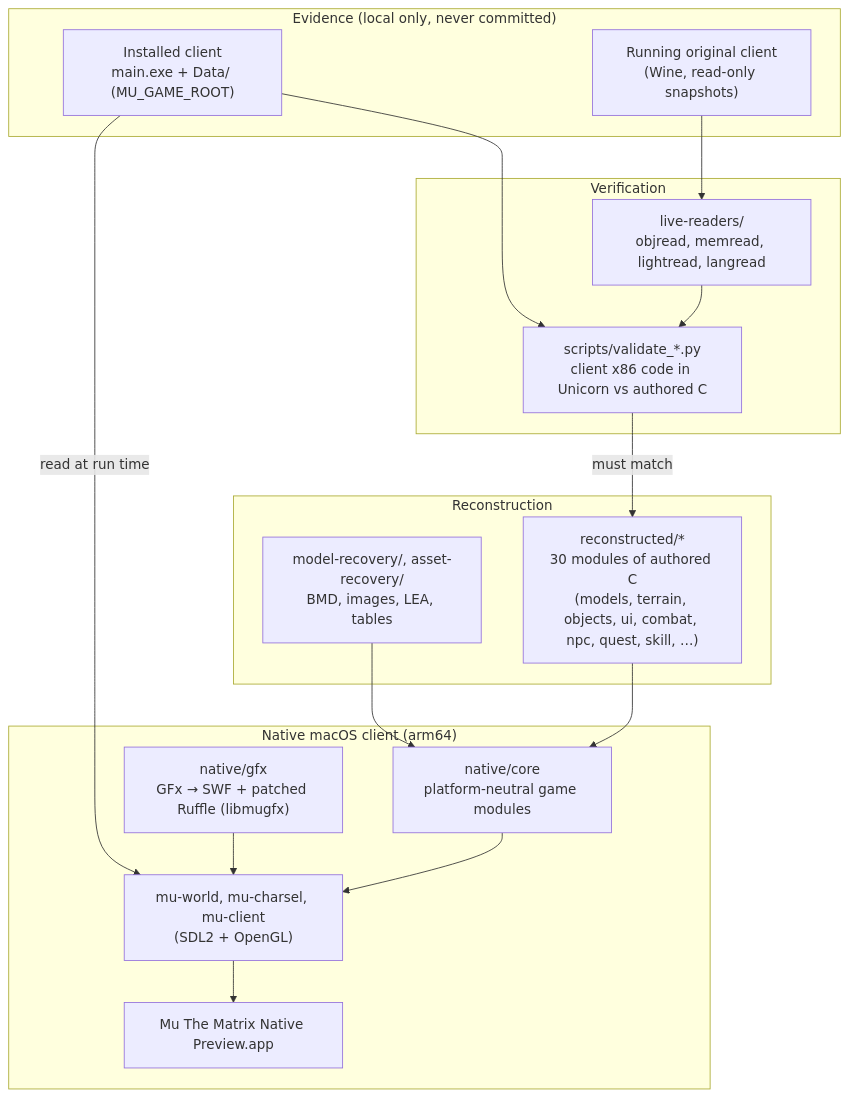
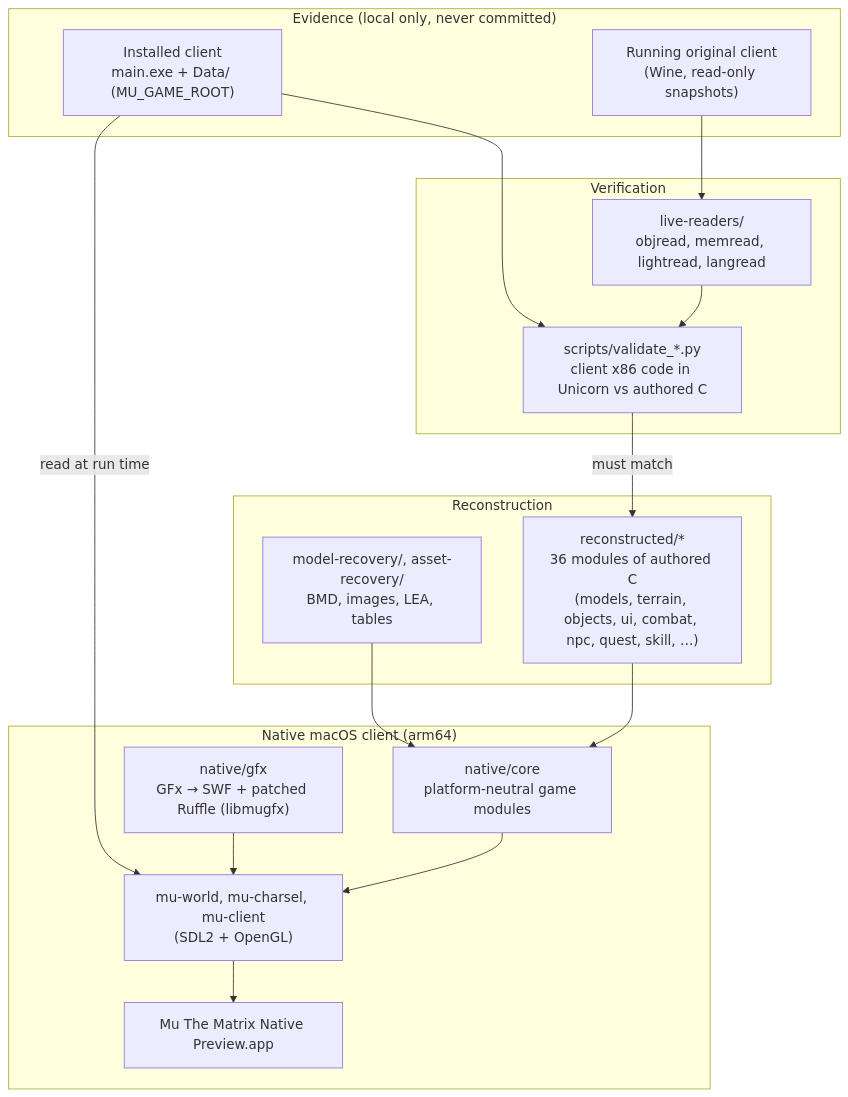
The diagram in README.md (fryezero/mu-the-matrix-native), drawn with Mermaid before and after one commit. The commit also changed other lines of this file and 11 other files, not shown here.

````diff
--- a/README.md
+++ b/README.md
@@ -190,28 +285,28 @@
 ```mermaid
 flowchart TB
     subgraph Evidence["Evidence (local only, never committed)"]
         Client["Installed client<br/>main.exe + Data/ (MU_GAME_ROOT)"]
         Live["Running original client<br/>(Wine, read-only snapshots)"]
     end
     subgraph Verify["Verification"]
         Validators["scripts/validate_*.py<br/>client x86 code in Unicorn vs authored C"]
         Readers["live-readers/<br/>objread, memread, lightread, langread"]
     end
     subgraph Source["Reconstruction"]
         Formats["model-recovery/, asset-recovery/<br/>BMD, images, LEA, tables"]
-        Recon["reconstructed/*<br/>30 modules of authored C<br/>(models, terrain, objects, ui, combat, npc, quest, skill, …)"]
+        Recon["reconstructed/*<br/>36 modules of authored C<br/>(models, terrain, objects, ui, combat, npc, quest, skill, …)"]
     end
     subgraph Native["Native macOS client (arm64)"]
         Core["native/core<br/>platform-neutral game modules"]
         Apps["mu-world, mu-charsel, mu-client<br/>(SDL2 + OpenGL)"]
         GFx["native/gfx<br/>GFx → SWF + patched Ruffle (libmugfx)"]
         Preview["Mu The Matrix Native Preview.app"]
     end
     Client --> Validators
     Live --> Readers --> Validators
     Validators -->|"must match"| Recon
     Formats --> Core
     Recon --> Core --> Apps --> Preview
     GFx --> Apps
     Client -->|"read at run time"| Apps
 ```
````
